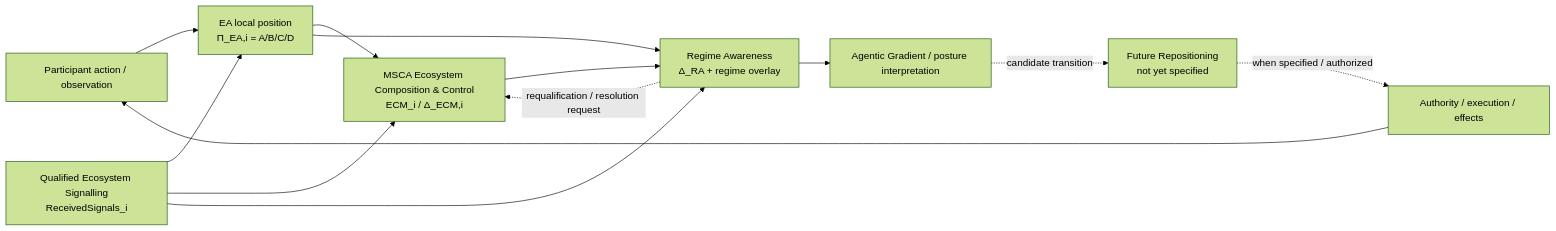
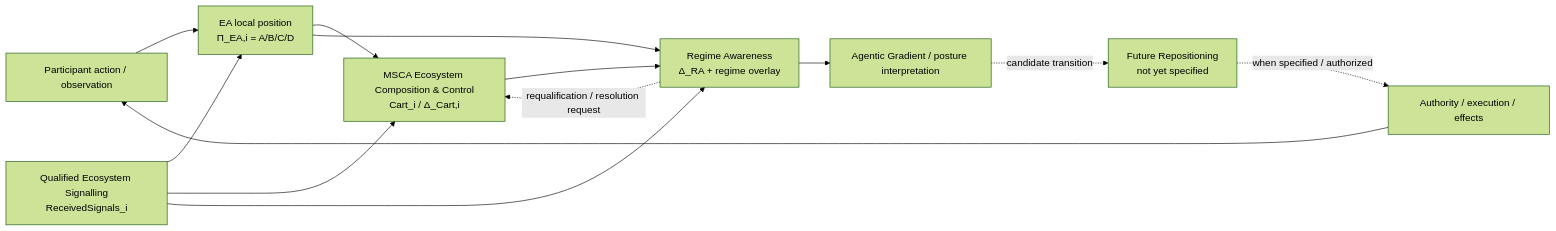
Before and after one commit to dakleyer/structural-awareness-contributions: the diagram in architectural-contributions/ecosystem-positioning/README.md, drawn with Mermaid (forest theme). The commit also changed other lines of this file, not shown here.

Commit message:
Use Ecosystem Cartography in positioning circuit

````diff
--- a/architectural-contributions/ecosystem-positioning/README.md
+++ b/architectural-contributions/ecosystem-positioning/README.md
@@ -39,24 +39,24 @@
 ```mermaid
 flowchart LR
     A[Participant action / observation]
     E[EA local position<br/>Π_EA,i = A/B/C/D]
     S[Qualified Ecosystem Signalling<br/>ReceivedSignals_i]
-    M[MSCA Ecosystem Composition & Control<br/>ECM_i / Δ_ECM,i]
+    M[MSCA Ecosystem Composition & Control<br/>Cart_i / Δ_Cart,i]
     R[Regime Awareness<br/>Δ_RA + regime overlay]
     G[Agentic Gradient / posture interpretation]
     P[Future Repositioning<br/>not yet specified]
     H[Authority / execution / effects]
 
     A --> E
     S --> E
     E --> M
     S --> M
     M --> R
     E --> R
     S --> R
     R --> G
     G -. candidate transition .-> P
     P -. when specified / authorized .-> H
     H --> A
     R -. requalification / resolution request .-> M
 ```
````
